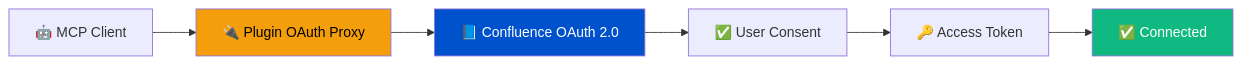
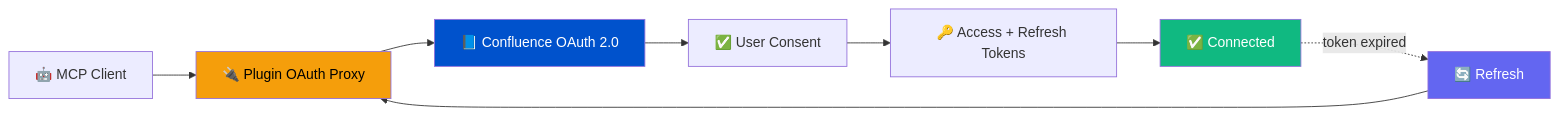
Before and after one commit to mrkhachaturov/confluence-mcp-plugin: the fourth of 5 diagrams in README.md, drawn with Mermaid. The commit also changed other lines of this file and 7 other files, not shown here.

First line of the commit message:
feat: add OAuth refresh token support for seamless token renewal

````diff
--- a/README.md
+++ b/README.md
@@ -166,12 +166,15 @@
 ```mermaid
 graph LR
     A["🤖 MCP Client"] --> B["🔌 Plugin OAuth Proxy"]
     B --> C["📘 Confluence OAuth 2.0"]
     C --> D["✅ User Consent"]
-    D --> E["🔑 Access Token"]
+    D --> E["🔑 Access + Refresh Tokens"]
     E --> F["✅ Connected"]
+    F -.->|"token expired"| G["🔄 Refresh"]
+    G --> B
 
     style B fill:#f59e0b,color:#000
     style C fill:#0052CC,color:#fff
     style F fill:#10b981,color:#fff
+    style G fill:#6366f1,color:#fff
 ```
````
